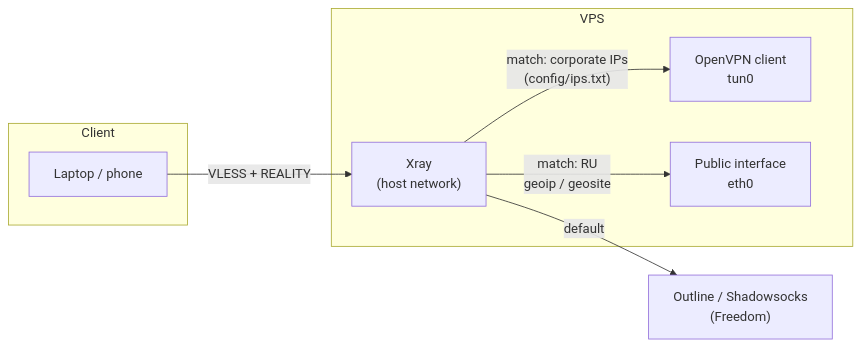
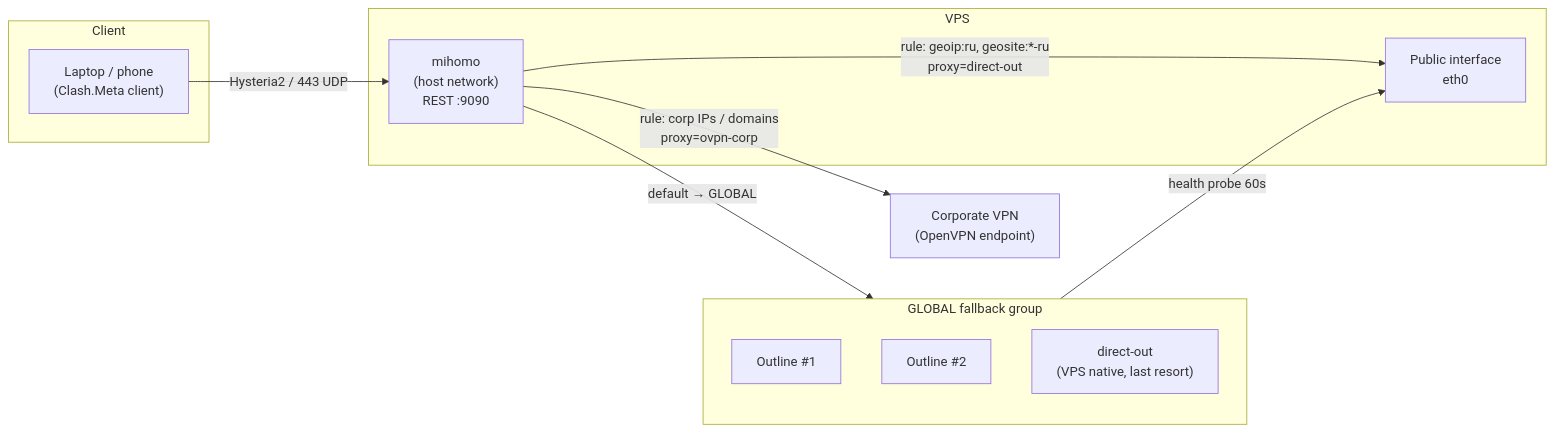
Before and after one commit to monkeycatdog/vpn-provision: the first of 9 diagrams in README.md, drawn with Mermaid. The commit also changed other lines of this file and 27 other files, not shown here.

First line of the commit message:
feat: migrate from xray to mihomo

````diff
--- a/README.md
+++ b/README.md
@@ -155,19 +157,25 @@
 ```mermaid
 flowchart LR
   subgraph client["Client"]
-    L["Laptop / phone"]
+    L["Laptop / phone<br/>(Clash.Meta client)"]
   end
 
   subgraph vps["VPS"]
-    X["Xray\n(host network)"]
-    OV["OpenVPN client\ntun0"]
-    ETH["Public interface\neth0"]
+    M["mihomo<br/>(host network)<br/>REST :9090"]
+    ETH["Public interface<br/>eth0"]
   end
 
-  MO["Outline / Shadowsocks\n(Freedom)"]
+  subgraph fallback["GLOBAL fallback group"]
+    O1["Outline #1"]
+    O2["Outline #2"]
+    DO["direct-out<br/>(VPS native, last resort)"]
+  end
 
-  L -->|"VLESS + REALITY"| X
-  X -->|"match: corporate IPs\n(config/ips.txt)"| OV
-  X -->|"match: RU\ngeoip / geosite"| ETH
-  X -->|"default"| MO
+  CORP["Corporate VPN<br/>(OpenVPN endpoint)"]
+
+  L -->|"Hysteria2 / 443 UDP"| M
+  M -->|"rule: corp IPs / domains<br/>proxy=ovpn-corp"| CORP
+  M -->|"rule: geoip:ru, geosite:*-ru<br/>proxy=direct-out"| ETH
+  M -->|"default → GLOBAL"| fallback
+  fallback -->|"health probe 60s"| ETH
 ```
````
